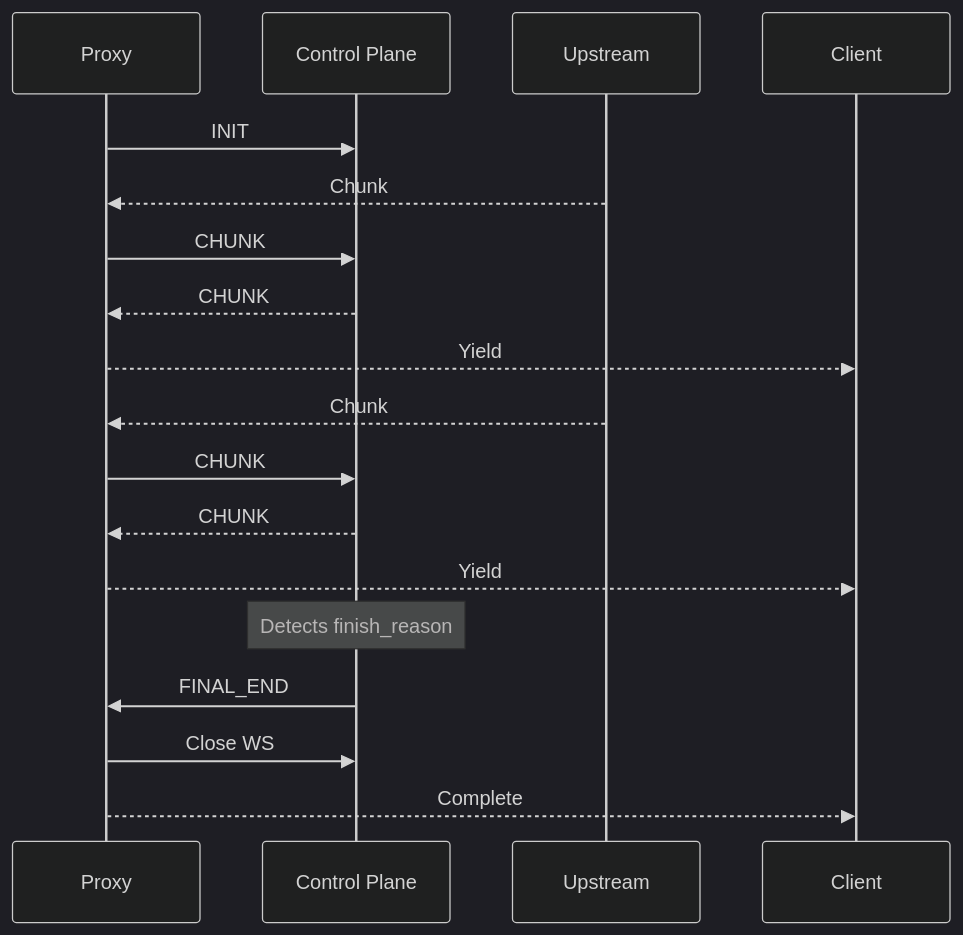
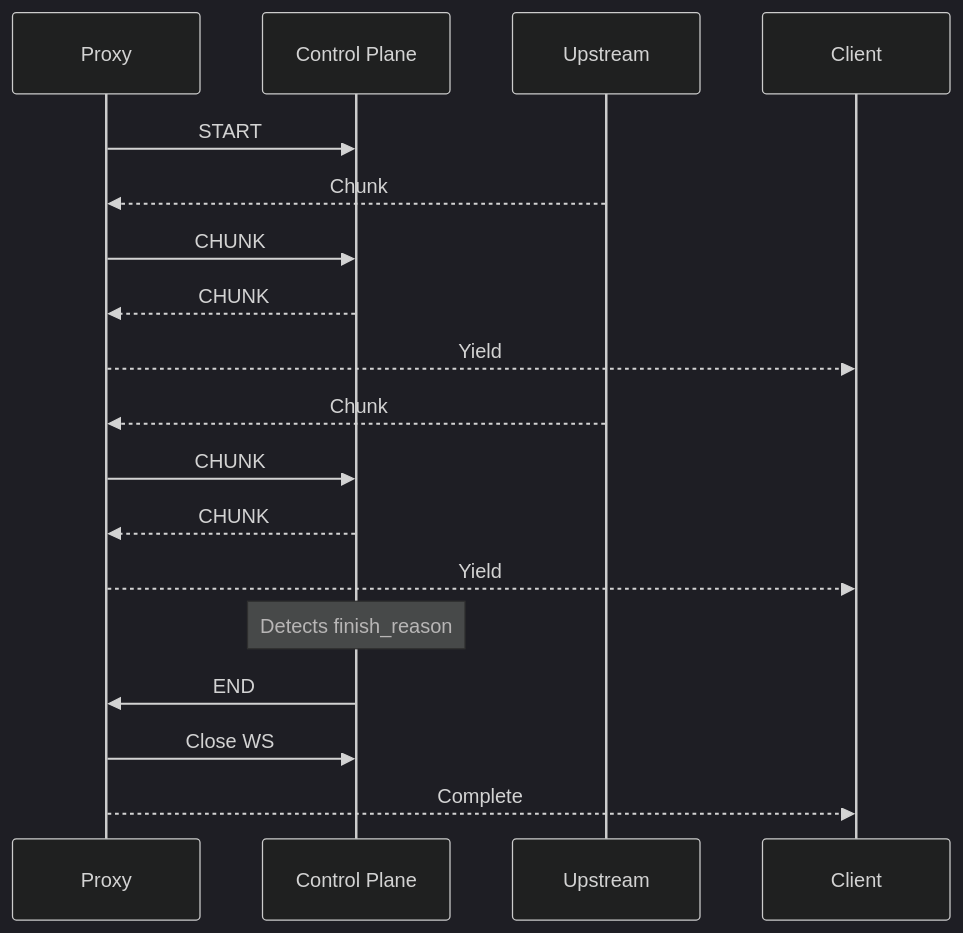
Before and after one commit to LuthienResearch/luthien-proxy: the second of 5 diagrams in dev/streaming-rewrite-plan.md, drawn with Mermaid (dark theme). The commit also changed other lines of this file, not shown here.

````diff
--- a/dev/streaming-rewrite-plan.md
+++ b/dev/streaming-rewrite-plan.md
@@ -122,22 +173,22 @@
 ```mermaid
 sequenceDiagram
     participant P as Proxy
     participant C as Control Plane
     participant U as Upstream
 
-    P->>C: INIT
+    P->>C: START
     U-->>P: Chunk #1
     P->>C: CHUNK #1
     C-->>P: CHUNK #1 (immediate)
     P-->>Client: Yield #1
 
     U-->>P: Chunk #2 (finish_reason=stop)
     P->>C: CHUNK #2
     C-->>P: CHUNK #2 (immediate)
     P-->>Client: Yield #2
 
     Note over C: Detects finish_reason
-    C->>P: FINAL_END
+    C->>P: END
     P->>C: Close WS
     P-->>Client: Complete
 ```
````
